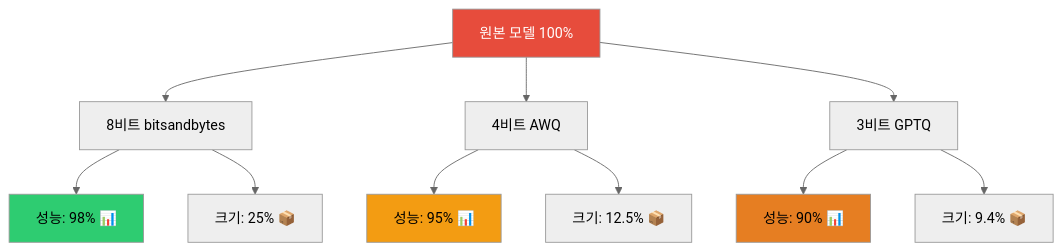
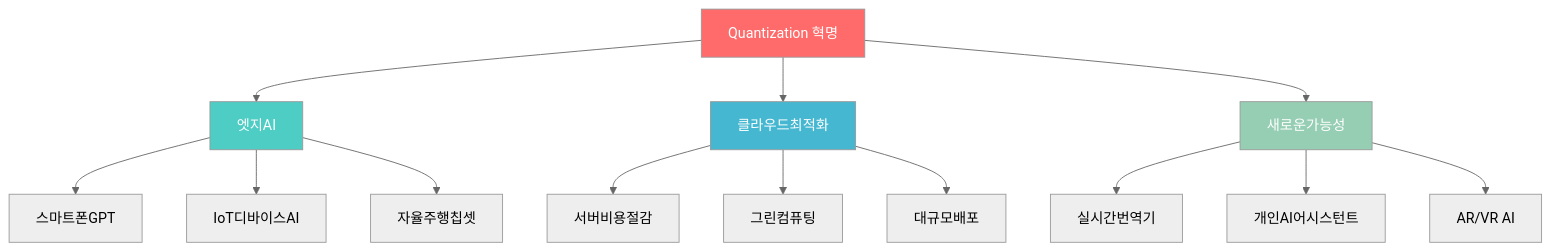
The fifth of 5 diagrams in _posts/2025-08-05-ai-quantization-complete-guide.md (welnailetter-bot/welnailetter-bot.github.io), drawn with Mermaid (neutral theme) before and after one commit. The commit also changed other lines of this file, not shown here.

```diff
--- a/_posts/2025-08-05-ai-quantization-complete-guide.md
+++ b/_posts/2025-08-05-ai-quantization-complete-guide.md
@@ -182,20 +283,23 @@
 <div class="mermaid">
-graph TD
-    A[원본 모델 100%] --> B[8비트 bitsandbytes]
-    A --> C[4비트 AWQ]
-    A --> D[3비트 GPTQ]
+flowchart TD
+    A[Quantization 혁명] --> B[엣지AI]
+    A --> C[클라우드최적화]
+    A --> D[새로운가능성]
     
-    B --> B1[성능: 98% 📊]
-    B --> B2[크기: 25% 📦]
+    B --> B1[스마트폰GPT]
+    B --> B2[IoT디바이스AI]
+    B --> B3[자율주행칩셋]
     
-    C --> C1[성능: 95% 📊]
-    C --> C2[크기: 12.5% 📦]
+    C --> C1[서버비용절감]
+    C --> C2[그린컴퓨팅]
+    C --> C3[대규모배포]
     
-    D --> D1[성능: 90% 📊]
-    D --> D2[크기: 9.4% 📦]
+    D --> D1[실시간번역기]
+    D --> D2[개인AI어시스턴트]
+    D --> D3[AR/VR AI]
     
-    style A fill:#e74c3c,color:#fff
-    style B1 fill:#2ecc71
-    style C1 fill:#f39c12
-    style D1 fill:#e67e22
+    style A fill:#ff6b6b,color:#fff
+    style B fill:#4ecdc4,color:#fff
+    style C fill:#45b7d1,color:#fff
+    style D fill:#96ceb4,color:#fff
 </div>
```
